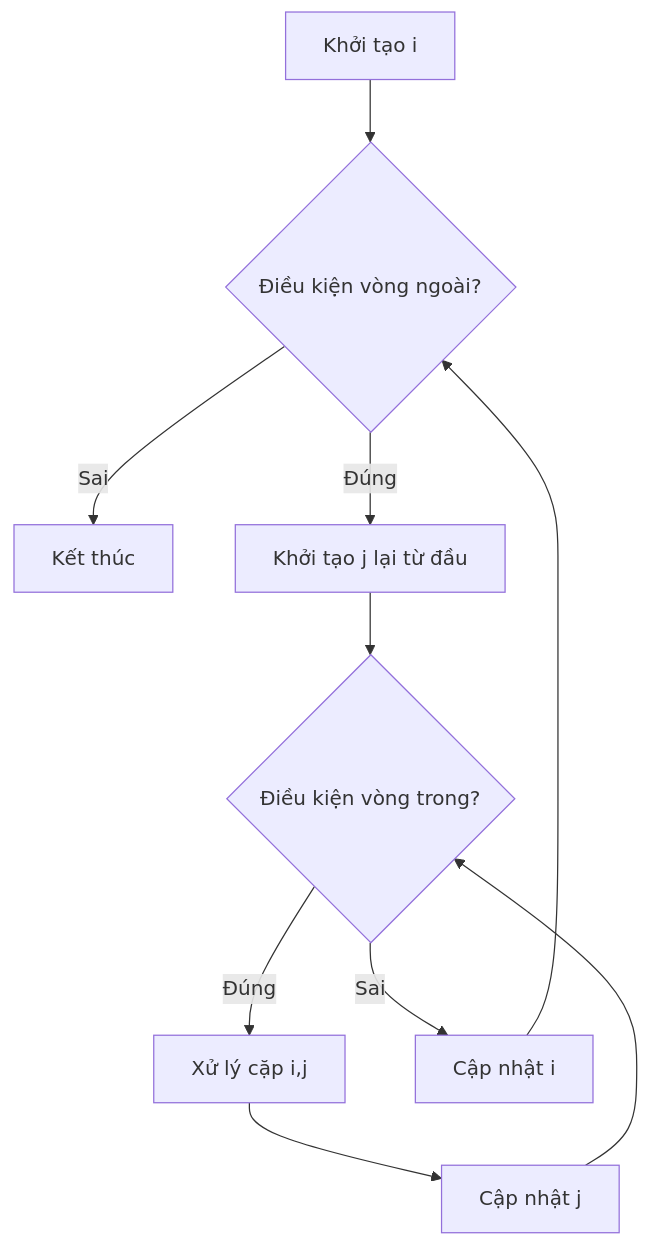
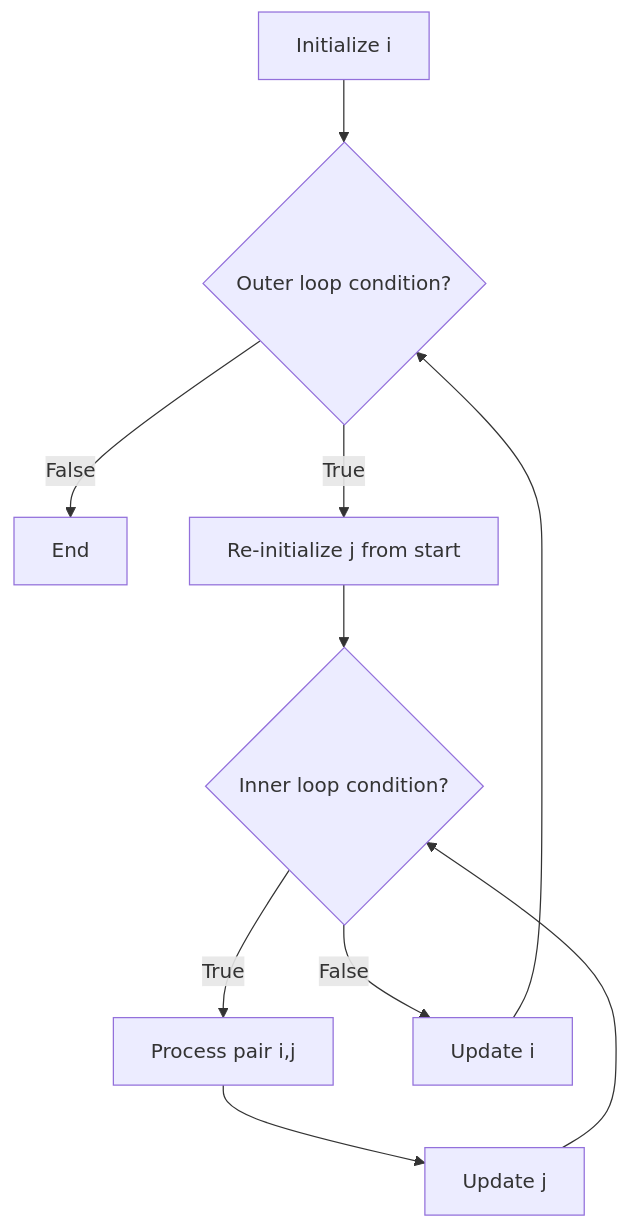
One commit to phuongnguyenit93/learning-platform-data changed the diagram in module/platform/development/programming/language/java/core/language-basics/content/knowledge/en/22.loops/loops-006.md. Above: the diagram before and after it, drawn with Mermaid. The commit also changed other lines of this file and 2307 other files, not shown here.

```diff
--- a/module/platform/development/programming/language/java/core/language-basics/content/knowledge/en/22.loops/loops-006.md
+++ b/module/platform/development/programming/language/java/core/language-basics/content/knowledge/en/22.loops/loops-006.md
@@ -55,12 +55,12 @@
 ~~~mermaid
 flowchart TD
-    A["Khởi tạo i"] --> B{"Điều kiện vòng ngoài?"}
-    B -- "Sai" --> H["Kết thúc"]
-    B -- "Đúng" --> C["Khởi tạo j lại từ đầu"]
-    C --> D{"Điều kiện vòng trong?"}
-    D -- "Đúng" --> E["Xử lý cặp i,j"]
-    E --> F["Cập nhật j"]
+    A["Initialize i"] --> B{"Outer loop condition?"}
+    B -- "False" --> H["End"]
+    B -- "True" --> C["Re-initialize j from start"]
+    C --> D{"Inner loop condition?"}
+    D -- "True" --> E["Process pair i,j"]
+    E --> F["Update j"]
     F --> D
-    D -- "Sai" --> G["Cập nhật i"]
+    D -- "False" --> G["Update i"]
     G --> B
 ~~~
```
